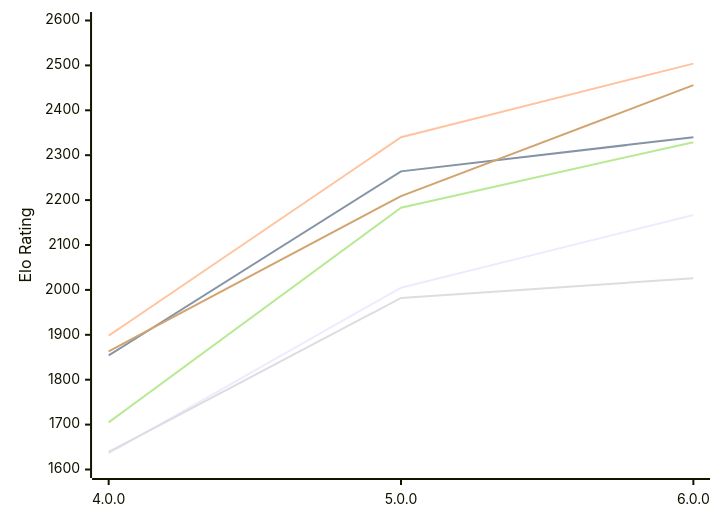
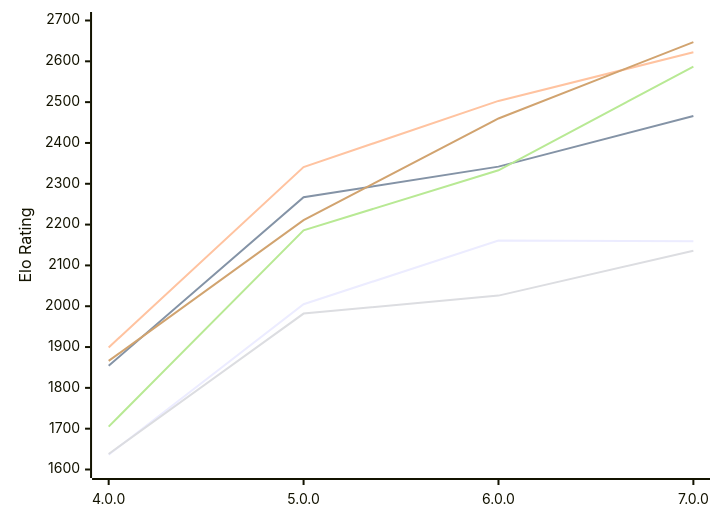
One commit to computer-chess-index/cci changed the first of 2 diagrams in engines/Laura.md. Above: the diagram before and after it, drawn with Mermaid. The commit also changed other lines of this file, not shown here.

Commit message:
Update CCI Ratings (ELO VLTC) - 2026-11-20

````diff
--- a/engines/Laura.md
+++ b/engines/Laura.md
@@ -54,12 +56,12 @@
 ```mermaid
 %%{init: {"theme":"base","themeVariables":{"seriesColors:['#a3a3a3','#222221','#faa371']}}}%%
 xychart-beta
-  x-axis ["4.0.0", "5.0.0", "6.0.0"]
-  y-axis "Elo Rating" 1600 --> 2600
-  line "E1: STC (8.0+0.08s)" [1636, 2005, 2167]
-  line "E1: LTC (60.0+0.60s)" [1854, 2264, 2340]
-  line "E1: VLTC (2m24s+1.12s)" [1898, 2340, 2504]
-  line "P1: STC (8.0+0.08s)" [1639, 1982, 2026]
-  line "P1: LTC (60.0+0.60s)" [1705, 2183, 2329]
-  line "P1: VLTC (2m24s+1.12s)" [1863, 2209, 2456]
+  x-axis ["4.0.0", "5.0.0", "6.0.0", "7.0.0"]
+  y-axis "Elo Rating" 1600 --> 2700
+  line "E1: STC (8.0+0.08s)" [1636, 2005, 2161, 2159]
+  line "E1: LTC (60.0+0.60s)" [1854, 2267, 2342, 2466]
+  line "E1: VLTC (2m24s+1.12s)" [1899, 2341, 2503, 2622]
+  line "P1: STC (8.0+0.08s)" [1638, 1982, 2026, 2136]
+  line "P1: LTC (60.0+0.60s)" [1705, 2186, 2333, 2587]
+  line "P1: VLTC (2m24s+1.12s)" [1866, 2211, 2460, 2647]
 ```
````
